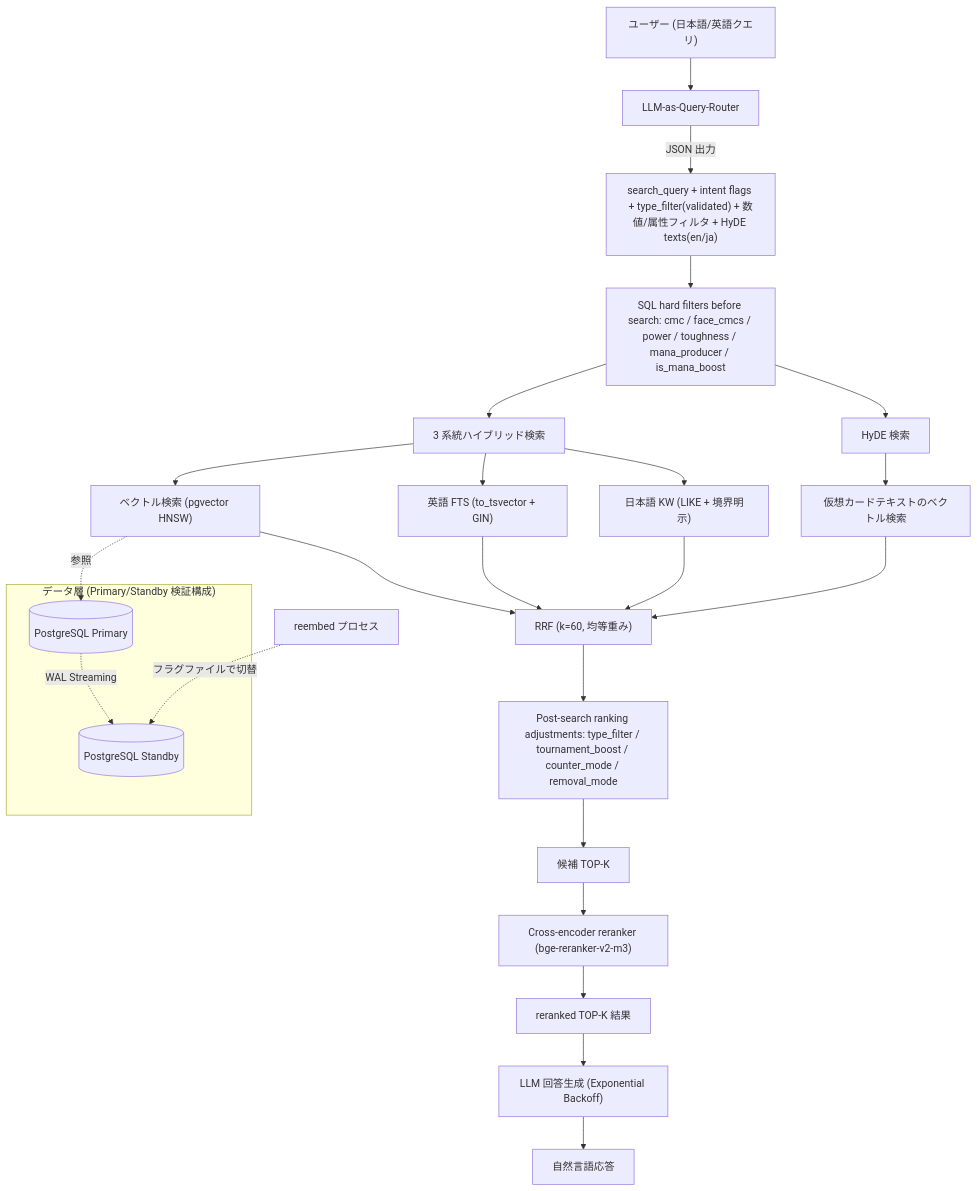
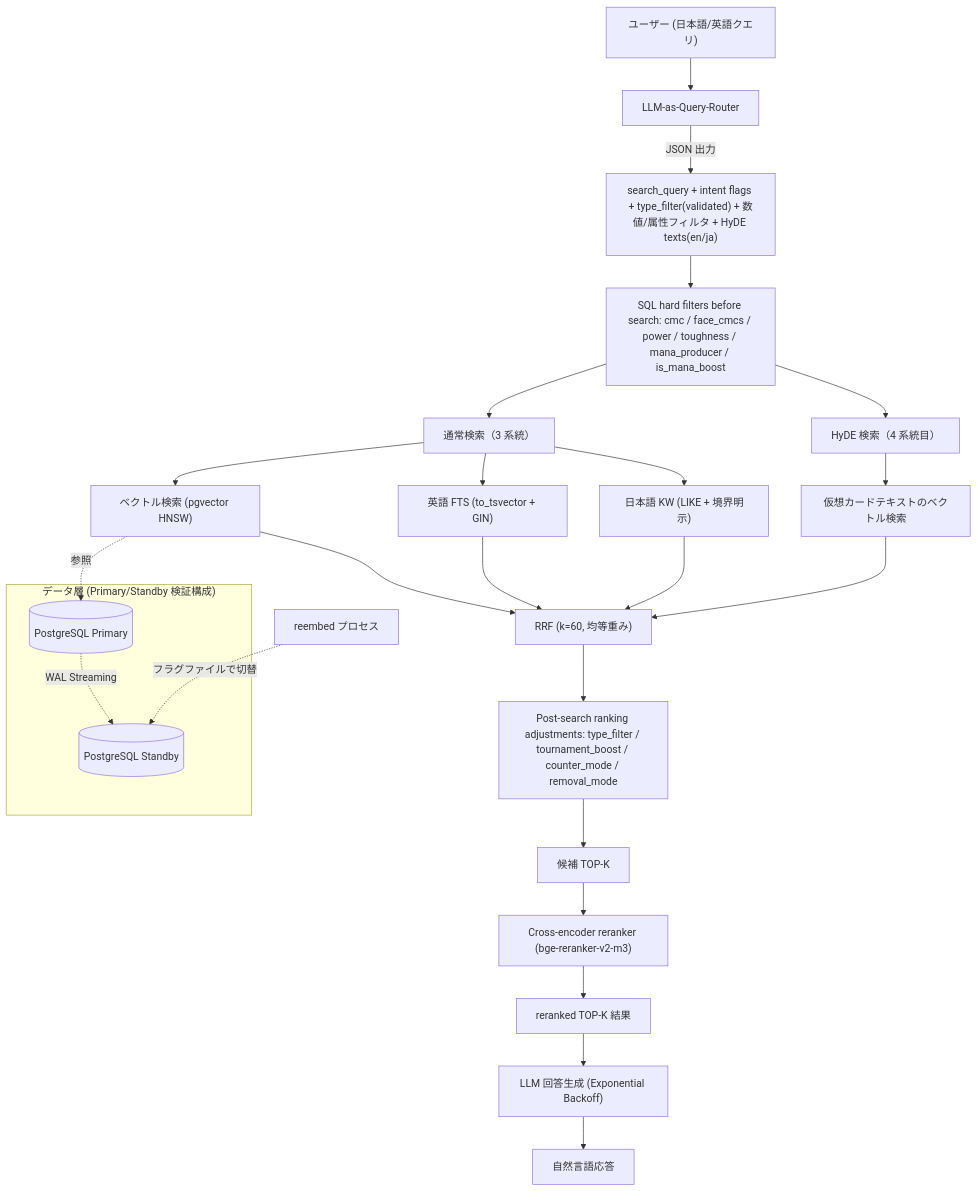
One commit to Sakaihashizo/mtg-rag changed the first of 3 diagrams in README.md. Above: the diagram before and after it, drawn with Mermaid. The commit also changed other lines of this file and 10 other files, not shown here.

````diff
--- a/README.md
+++ b/README.md
@@ -47,30 +53,30 @@
 ```mermaid
 flowchart TB
     User["ユーザー (日本語/英語クエリ)"] --> Router["LLM-as-Query-Router"]
     Router -->|JSON 出力| Parsed["search_query + intent flags + type_filter(validated) + 数値/属性フィルタ + HyDE texts(en/ja)"]
     Parsed --> Hard["SQL hard filters before search: cmc / face_cmcs / power / toughness / mana_producer / is_mana_boost"]
-    Hard --> Search3[3 系統ハイブリッド検索]
-    Hard --> HyDESearch[HyDE 検索]
+    Hard --> Search3["通常検索（3 系統）"]
+    Hard --> HyDESearch["HyDE 検索（4 系統目）"]
     Search3 --> Vector["ベクトル検索 (pgvector HNSW)"]
     Search3 --> FTSEN["英語 FTS (to_tsvector + GIN)"]
     Search3 --> FTSJA["日本語 KW (LIKE + 境界明示)"]
     HyDESearch --> VectorHyDE["仮想カードテキストのベクトル検索"]
     Vector --> RRF["RRF (k=60, 均等重み)"]
     FTSEN --> RRF
     FTSJA --> RRF
     VectorHyDE --> RRF
     RRF --> Soft["Post-search ranking adjustments: type_filter / tournament_boost / counter_mode / removal_mode"]
     Soft --> CandidateTopK[候補 TOP-K]
     CandidateTopK --> Reranker["Cross-encoder reranker (bge-reranker-v2-m3)"]
     Reranker --> TopK[reranked TOP-K 結果]
     TopK --> LLM["LLM 回答生成 (Exponential Backoff)"]
     LLM --> Response[自然言語応答]
 
     subgraph "データ層 (Primary/Standby 検証構成)"
         Primary[("PostgreSQL Primary")]
         Standby[("PostgreSQL Standby")]
         Primary -. WAL Streaming .-> Standby
     end
     Vector -. 参照 .-> Primary
     Reembed[reembed プロセス] -. フラグファイルで切替 .-> Standby
 ```
````
